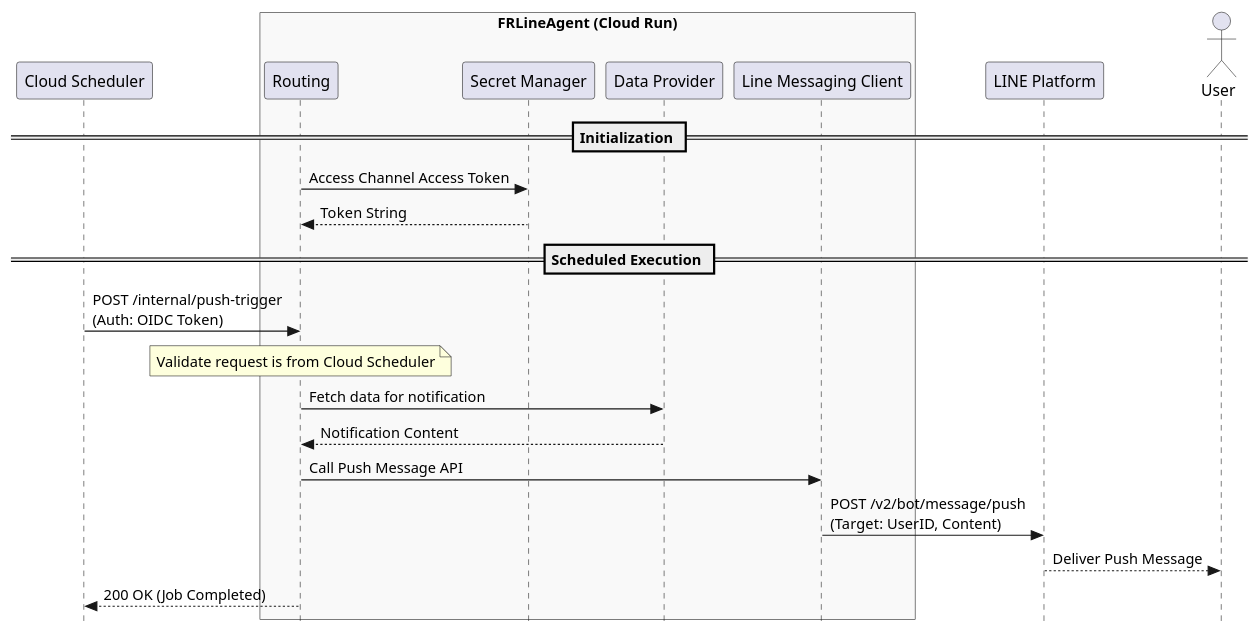
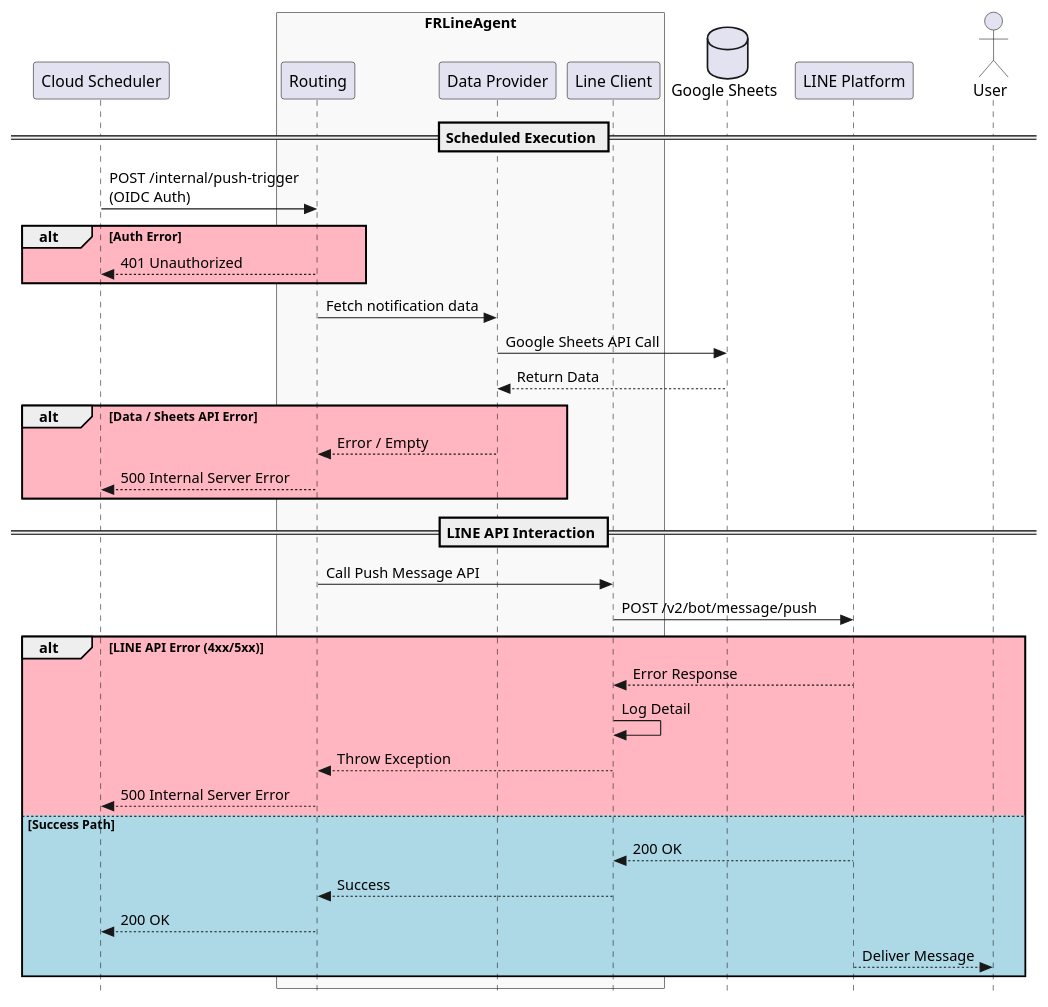
Before and after one commit to sallyluenoa/FRLineAgent: the diagram in docs/uml/sequence_push_notification.md, drawn with PlantUML. The commit also changed 1 other file, not shown here.

Commit message:
[Feature implementation] Design UML diagrams. (#3)
* Designed the sequence diagrams in detail.

````diff
--- a/docs/uml/sequence_push_notification.md
+++ b/docs/uml/sequence_push_notification.md
@@ -5,35 +5,51 @@
 ```plantuml
 @startuml
 skinparam style strictuml
 skinparam MaxMessageSize 200
 
 participant "Cloud Scheduler" as Scheduler
-box "FRLineAgent (Cloud Run)" #f9f9f9
+box "FRLineAgent" #f9f9f9
     participant Routing
-    participant "Secret Manager" as SM
-    participant "Data Provider" as Provider
-    participant "Line Messaging Client" as Client
+    participant "Data Provider" as Sheets
+    participant "Line Client" as Client
 end box
+database "Google Sheets" as GSheets
 participant "LINE Platform" as LINE
 actor User
 
-== Initialization ==
-Routing -> SM: Access Channel Access Token
-SM --> Routing: Token String
+== Scheduled Execution ==
 
-== Scheduled Execution ==
-Scheduler -> Routing: POST /internal/push-trigger\n(Auth: OIDC Token)
+Scheduler -> Routing: POST /internal/push-trigger (OIDC Auth)
 
-note over Routing: Validate request is from Cloud Scheduler
+alt #LightPink Auth Error
+    Routing --> Scheduler: 401 Unauthorized
+end
 
-Routing -> Provider: Fetch data for notification
-Provider --> Routing: Notification Content
+Routing -> Sheets: Fetch notification data
+Sheets -> GSheets: Google Sheets API Call
+GSheets --> Sheets: Return Data
+
+alt #LightPink Data / Sheets API Error
+    Sheets --> Routing: Error / Empty
+    Routing --> Scheduler: 500 Internal Server Error
+end
+
+== LINE API Interaction ==
 
 Routing -> Client: Call Push Message API
-Client -> LINE: POST /v2/bot/message/push\n(Target: UserID, Content)
-LINE --> User: Deliver Push Message
+Client -> LINE: POST /v2/bot/message/push
 
-Routing --> Scheduler: 200 OK (Job Completed)
+alt #LightPink LINE API Error (4xx/5xx)
+    LINE --> Client: Error Response
+    Client -> Client: Log Detail
+    Client --> Routing: Throw Exception
+    Routing --> Scheduler: 500 Internal Server Error
+else #LightBlue Success Path
+    LINE --> Client: 200 OK
+    Client --> Routing: Success
+    Routing --> Scheduler: 200 OK
+    LINE --> User: Deliver Message
+end
 
 @enduml
 ```
````
